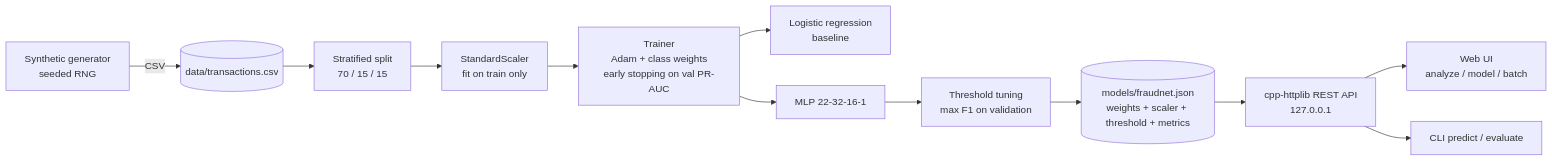
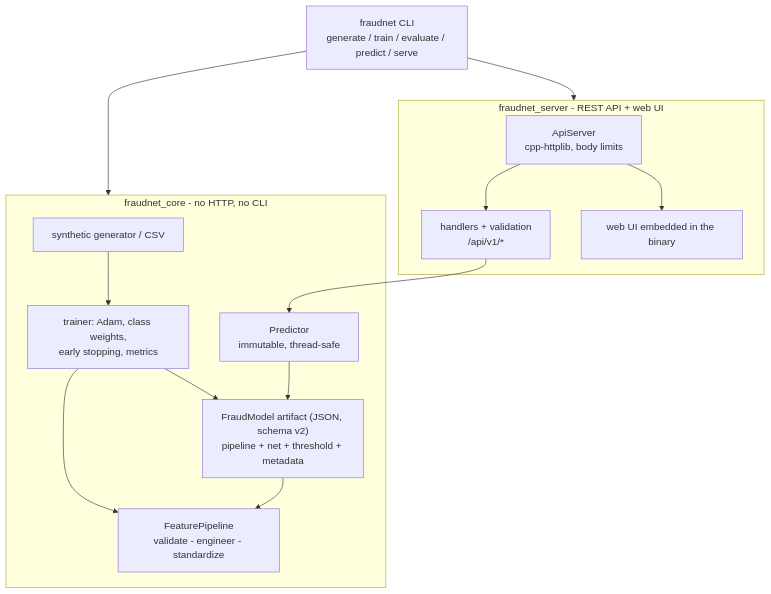
Before and after one commit to aldipascaa/fraudnet-cpp: the diagram in README.md, drawn with Mermaid. The commit also changed other lines of this file and 1 other file, not shown here.

Commit message:
Release 1.1.0: README architecture section, CHANGELOG

````diff
--- a/README.md
+++ b/README.md
@@ -18,14 +20,23 @@
 ```mermaid
-flowchart LR
-  G[Synthetic generator<br/>seeded RNG] -->|CSV| D[(data/transactions.csv)]
-  D --> S[Stratified split<br/>70 / 15 / 15]
-  S --> SC[StandardScaler<br/>fit on train only]
-  SC --> T[Trainer<br/>Adam + class weights<br/>early stopping on val PR-AUC]
-  T --> LR[Logistic regression<br/>baseline]
-  T --> NN[MLP 22-32-16-1]
-  NN --> TH[Threshold tuning<br/>max F1 on validation]
-  TH --> M[(models/fraudnet.json<br/>weights + scaler + threshold + metrics)]
-  M --> API[cpp-httplib REST API<br/>127.0.0.1]
-  API --> UI[Web UI<br/>analyze / model / batch]
-  API --> CLI[CLI predict / evaluate]
+flowchart TD
+  CLI["fraudnet CLI<br/>generate / train / evaluate / predict / serve"]
+  subgraph server["fraudnet_server - REST API + web UI"]
+    SRV[ApiServer<br/>cpp-httplib, body limits]
+    API["handlers + validation<br/>/api/v1/*"]
+    UIA["web UI embedded in the binary"]
+  end
+  subgraph core["fraudnet_core - no HTTP, no CLI"]
+    GEN[synthetic generator / CSV]
+    FP["FeaturePipeline<br/>validate - engineer - standardize"]
+    TR["trainer: Adam, class weights,<br/>early stopping, metrics"]
+    FM["FraudModel artifact (JSON, schema v2)<br/>pipeline + net + threshold + metadata"]
+    PRED["Predictor<br/>immutable, thread-safe"]
+  end
+  CLI --> server
+  CLI --> core
+  SRV --> API --> PRED
+  SRV --> UIA
+  GEN --> TR --> FM
+  TR --> FP
+  PRED --> FM --> FP
 ```
````
